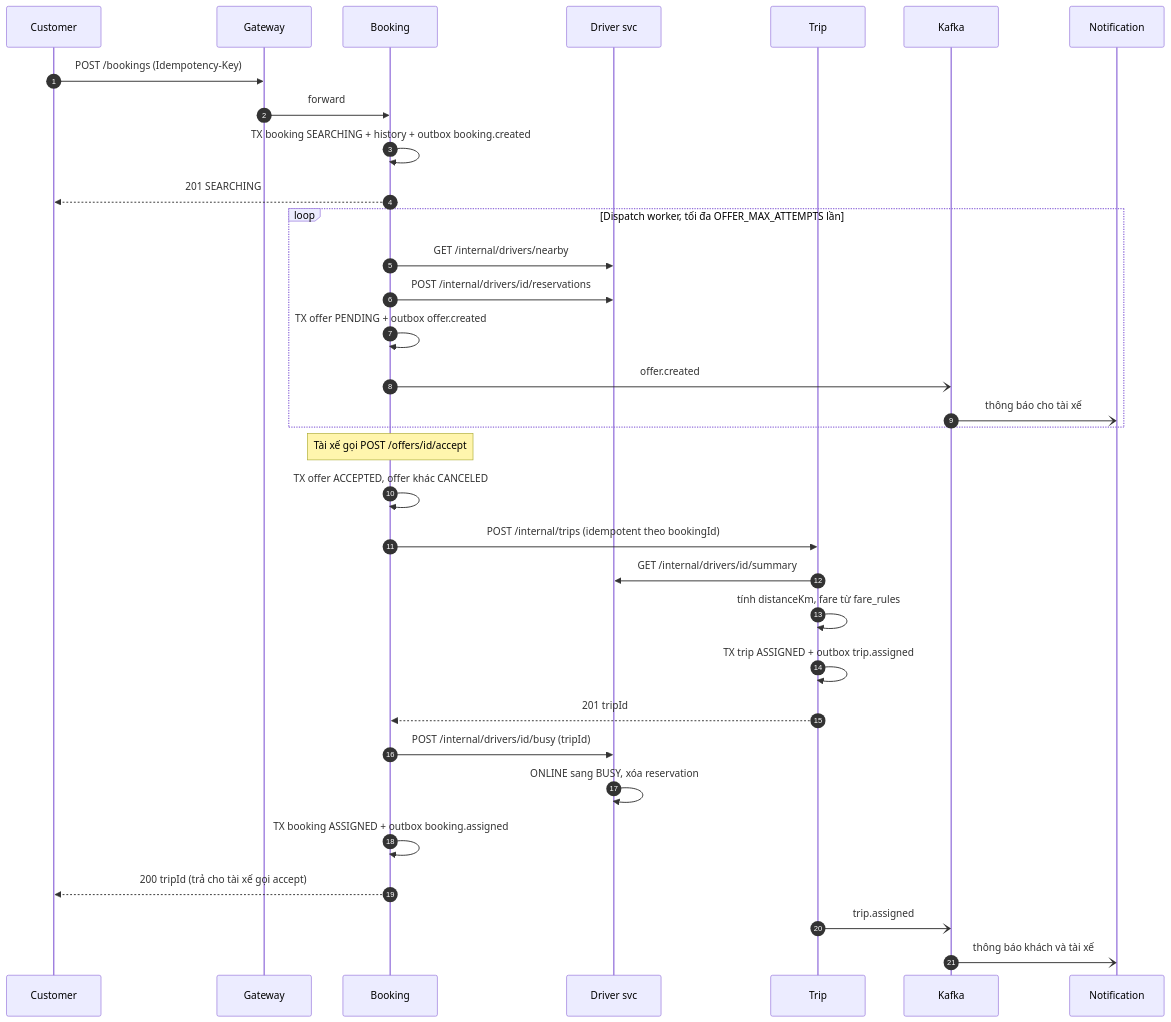
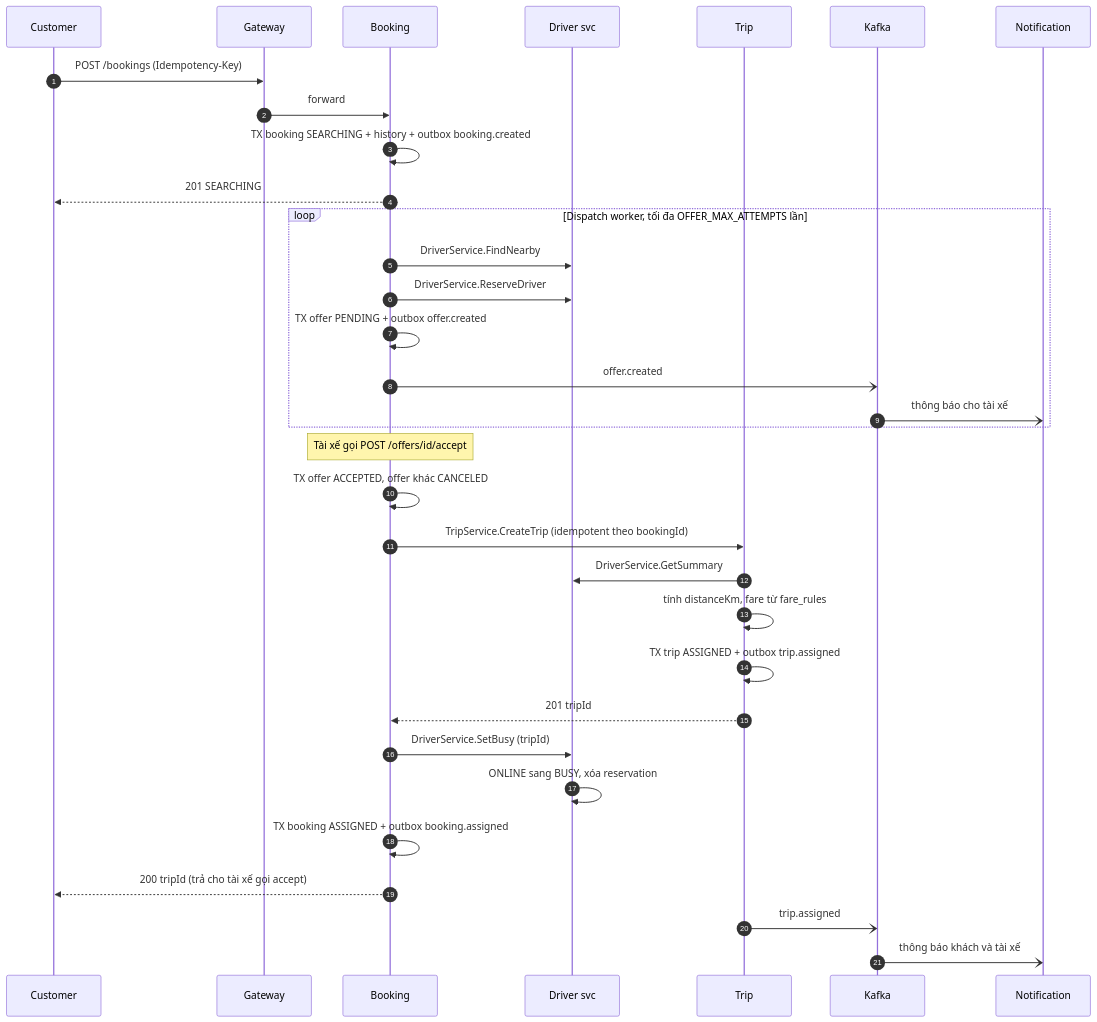
One commit to vthaix/23674231_TranVanThai_Cabsystem changed the fourth of 12 diagrams in microservice_design.md. Above: the diagram before and after it, drawn with Mermaid. The commit also changed other lines of this file and 65 other files, not shown here.

Commit message:
Migrate internal communication to gRPC and simplify booking input

````diff
--- a/microservice_design.md
+++ b/microservice_design.md
@@ -625,35 +624,35 @@
 ```mermaid
 sequenceDiagram
     autonumber
     participant C as Customer
     participant GW as Gateway
     participant BK as Booking
     participant DR as Driver svc
     participant TR as Trip
     participant KF as Kafka
     participant NT as Notification
     C->>GW: POST /bookings (Idempotency-Key)
     GW->>BK: forward
     BK->>BK: TX booking SEARCHING + history + outbox booking.created
     BK-->>C: 201 SEARCHING
     loop Dispatch worker, tối đa OFFER_MAX_ATTEMPTS lần
-        BK->>DR: GET /internal/drivers/nearby
-        BK->>DR: POST /internal/drivers/id/reservations
+        BK->>DR: DriverService.FindNearby
+        BK->>DR: DriverService.ReserveDriver
         BK->>BK: TX offer PENDING + outbox offer.created
         BK-)KF: offer.created
         KF-)NT: thông báo cho tài xế
     end
     Note over BK: Tài xế gọi POST /offers/id/accept
     BK->>BK: TX offer ACCEPTED, offer khác CANCELED
-    BK->>TR: POST /internal/trips (idempotent theo bookingId)
-    TR->>DR: GET /internal/drivers/id/summary
+    BK->>TR: TripService.CreateTrip (idempotent theo bookingId)
+    TR->>DR: DriverService.GetSummary
     TR->>TR: tính distanceKm, fare từ fare_rules
     TR->>TR: TX trip ASSIGNED + outbox trip.assigned
     TR-->>BK: 201 tripId
-    BK->>DR: POST /internal/drivers/id/busy (tripId)
+    BK->>DR: DriverService.SetBusy (tripId)
     DR->>DR: ONLINE sang BUSY, xóa reservation
     BK->>BK: TX booking ASSIGNED + outbox booking.assigned
     BK-->>C: 200 tripId (trả cho tài xế gọi accept)
     TR-)KF: trip.assigned
     KF-)NT: thông báo khách và tài xế
 ```
````
